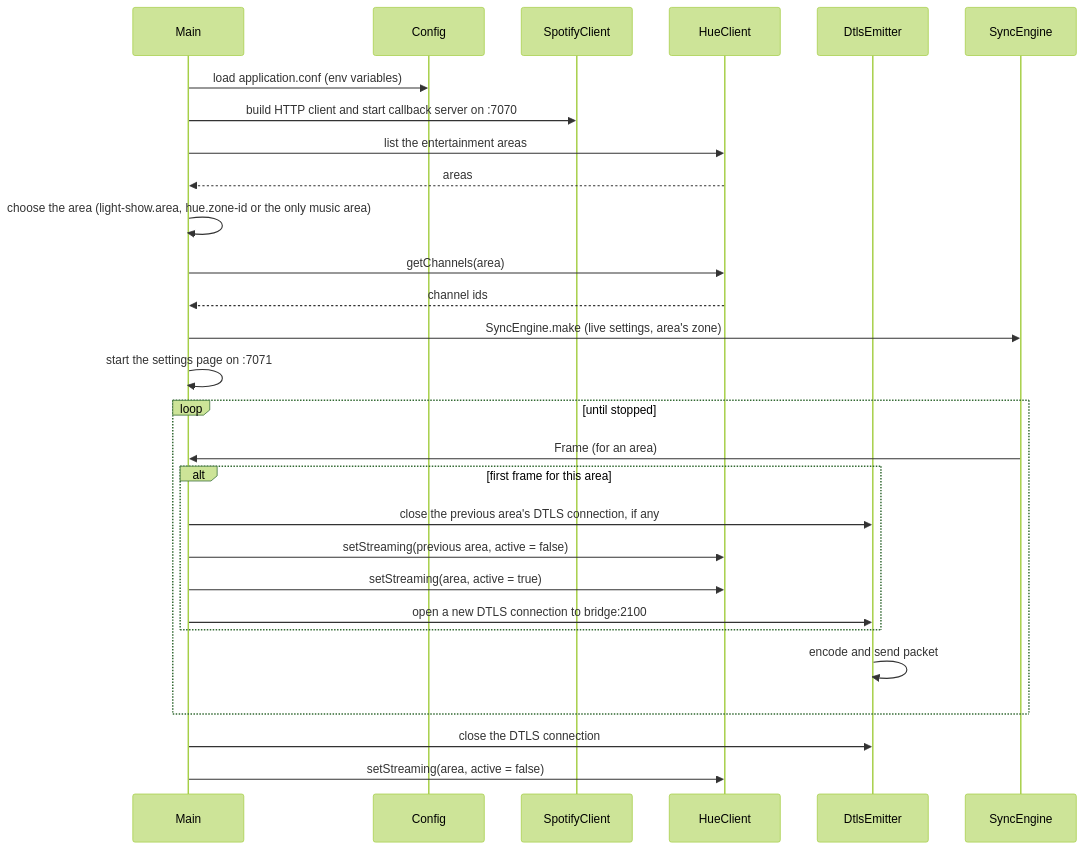
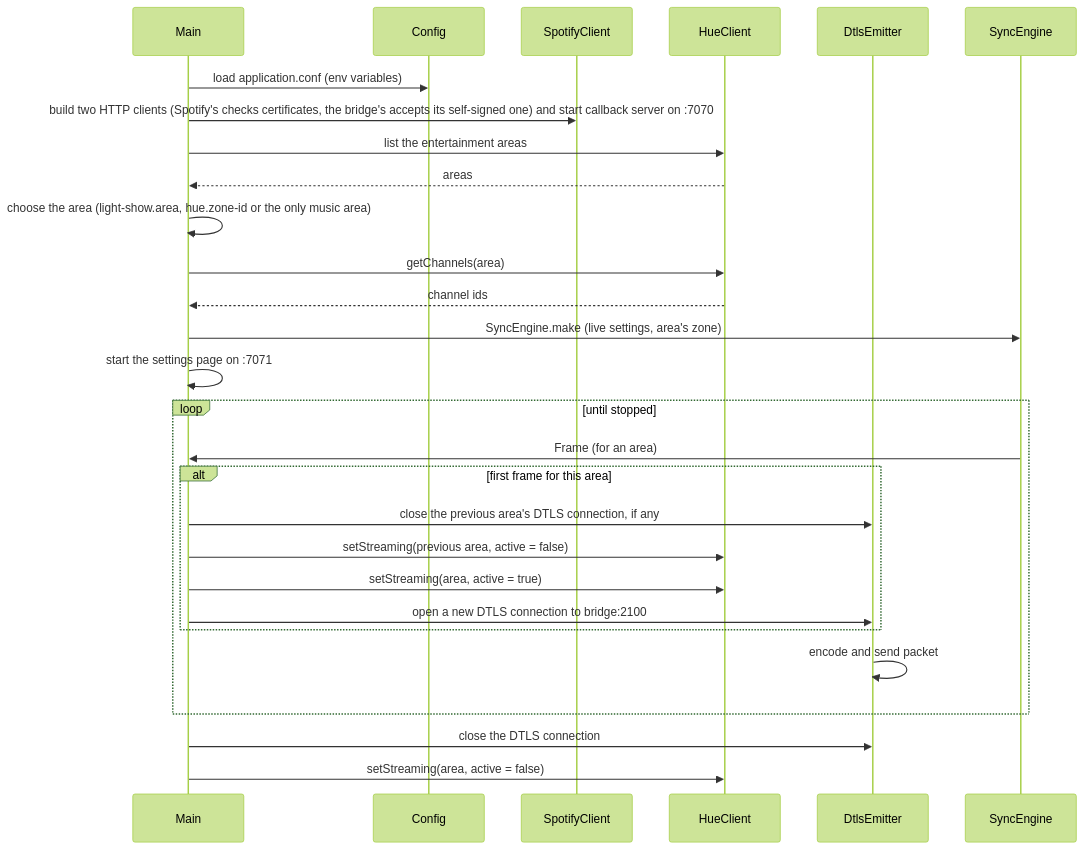
One commit to LorenzoPrinsloo/spotify-hue-sync changed the third of 3 diagrams in docs/architecture.md. Above: the diagram before and after it, drawn with Mermaid (forest theme). The commit also changed 2 other files, not shown here.

Commit message:
Document Spotify's two HTTP clients and add a docs regression spec

````diff
--- a/docs/architecture.md
+++ b/docs/architecture.md
@@ -263,31 +263,31 @@
 ```mermaid
 sequenceDiagram
     participant M as Main
     participant C as Config
     participant S as SpotifyClient
     participant H as HueClient
     participant D as DtlsEmitter
     participant E as SyncEngine
 
     M->>C: load application.conf (env variables)
-    M->>S: build HTTP client and start callback server on :7070
+    M->>S: build two HTTP clients (Spotify's checks certificates, the bridge's accepts its self-signed one) and start callback server on :7070
     M->>H: list the entertainment areas
     H-->>M: areas
     M->>M: choose the area (light-show.area, hue.zone-id or the only music area)
     M->>H: getChannels(area)
     H-->>M: channel ids
     M->>E: SyncEngine.make (live settings, area's zone)
     M->>M: start the settings page on :7071
     loop until stopped
         E->>M: Frame (for an area)
         alt first frame for this area
             M->>D: close the previous area's DTLS connection, if any
             M->>H: setStreaming(previous area, active = false)
             M->>H: setStreaming(area, active = true)
             M->>D: open a new DTLS connection to bridge:2100
         end
         D->>D: encode and send packet
     end
     M->>D: close the DTLS connection
     M->>H: setStreaming(area, active = false)
 ```
````
